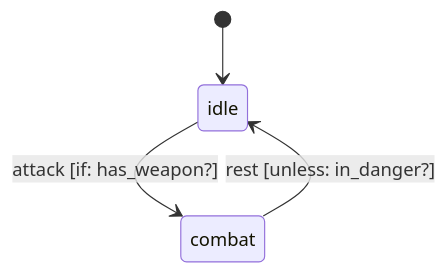
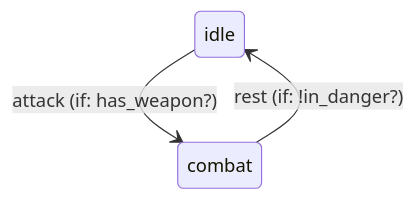
The second of 2 diagrams in README.md (state-machines/state_machines-mermaid), drawn with Mermaid before and after one commit. The commit also changed other lines of this file, not shown here.

Commit message:
Update README diagrams

````diff
--- a/README.md
+++ b/README.md
@@ -100,9 +99,7 @@
 ```mermaid
 stateDiagram-v2
-    %% Character status State Machine
-
-    [*] --> idle
-
-    idle --> combat : attack [if: has_weapon?]
-    combat --> idle : rest [unless: in_danger?]
+  idle : idle
+  combat : combat
+  idle --> combat : attack (if: has_weapon?)
+  combat --> idle : rest (if: !in_danger?)
 ```
````
